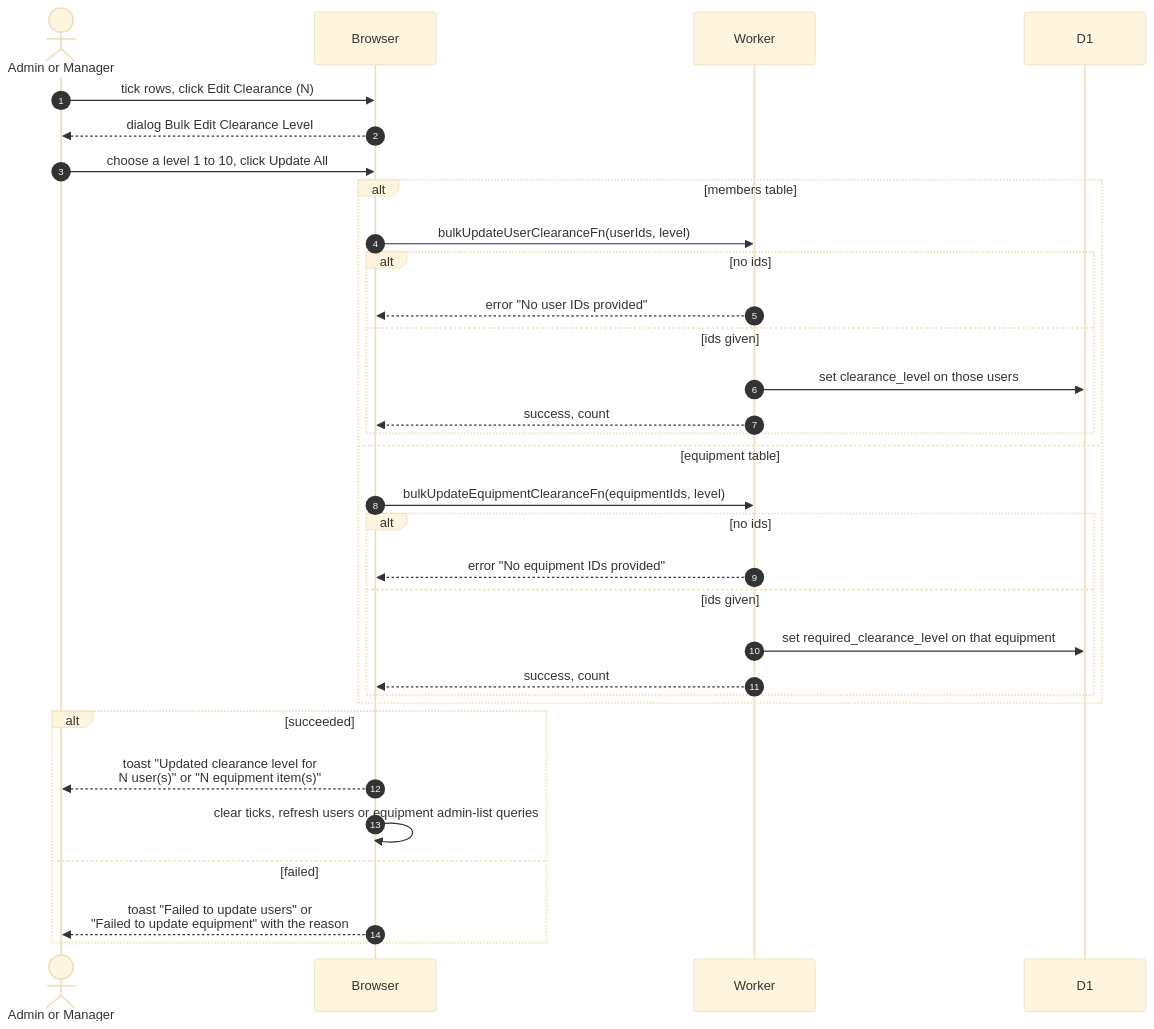
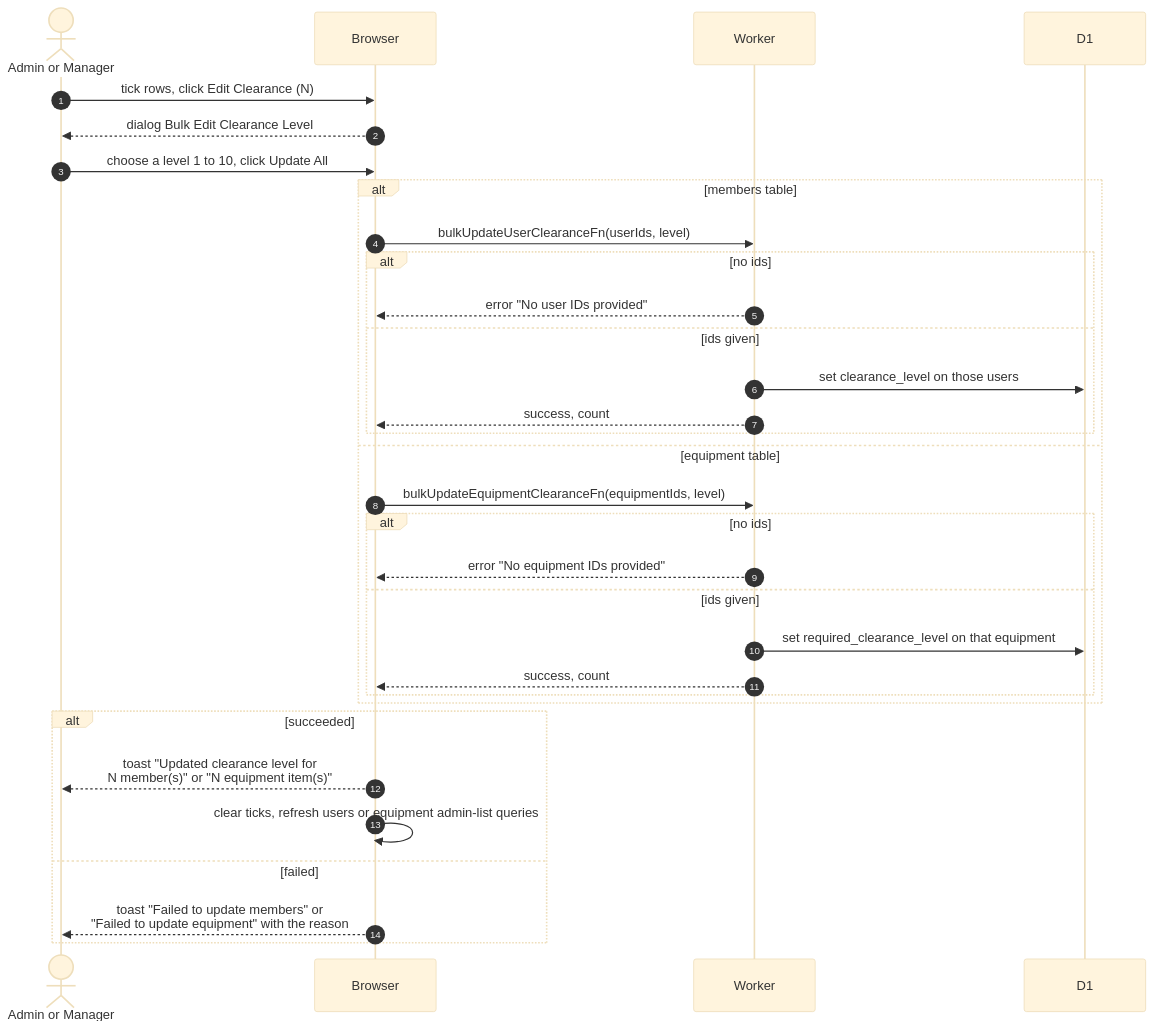
One commit to sagyzdop/meriksirat changed the diagram in docs/scenarios/admin/bulk-clearance.md. Above: the diagram before and after it, drawn with Mermaid (base theme). The commit also changed other lines of this file and 33 other files, not shown here.

First line of the commit message:
feat(admin): rename user management to member management

````diff
--- a/docs/scenarios/admin/bulk-clearance.md
+++ b/docs/scenarios/admin/bulk-clearance.md
@@ -15,35 +16,35 @@
 ```mermaid
 sequenceDiagram
     autonumber
     actor Person as Admin or Manager
     participant Browser
     participant Worker
     participant D1
 
     Person->>Browser: tick rows, click Edit Clearance (N)
     Browser-->>Person: dialog Bulk Edit Clearance Level
     Person->>Browser: choose a level 1 to 10, click Update All
     alt members table
         Browser->>Worker: bulkUpdateUserClearanceFn(userIds, level)
         alt no ids
             Worker-->>Browser: error "No user IDs provided"
         else ids given
             Worker->>D1: set clearance_level on those users
             Worker-->>Browser: success, count
         end
     else equipment table
         Browser->>Worker: bulkUpdateEquipmentClearanceFn(equipmentIds, level)
         alt no ids
             Worker-->>Browser: error "No equipment IDs provided"
         else ids given
             Worker->>D1: set required_clearance_level on that equipment
             Worker-->>Browser: success, count
         end
     end
     alt succeeded
-        Browser-->>Person: toast "Updated clearance level for<br/>N user(s)" or "N equipment item(s)"
+        Browser-->>Person: toast "Updated clearance level for<br/>N member(s)" or "N equipment item(s)"
         Browser->>Browser: clear ticks, refresh users or equipment admin-list queries
     else failed
-        Browser-->>Person: toast "Failed to update users" or<br/>"Failed to update equipment" with the reason
+        Browser-->>Person: toast "Failed to update members" or<br/>"Failed to update equipment" with the reason
     end
 ```
````
